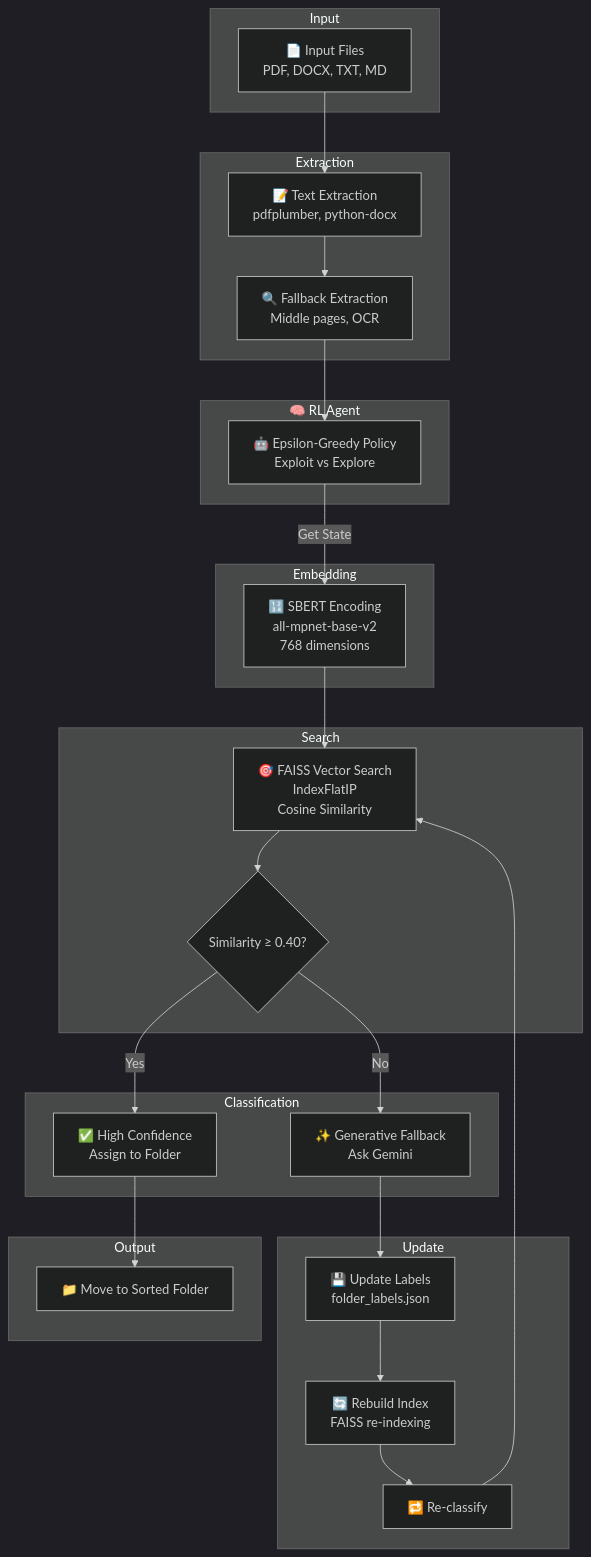
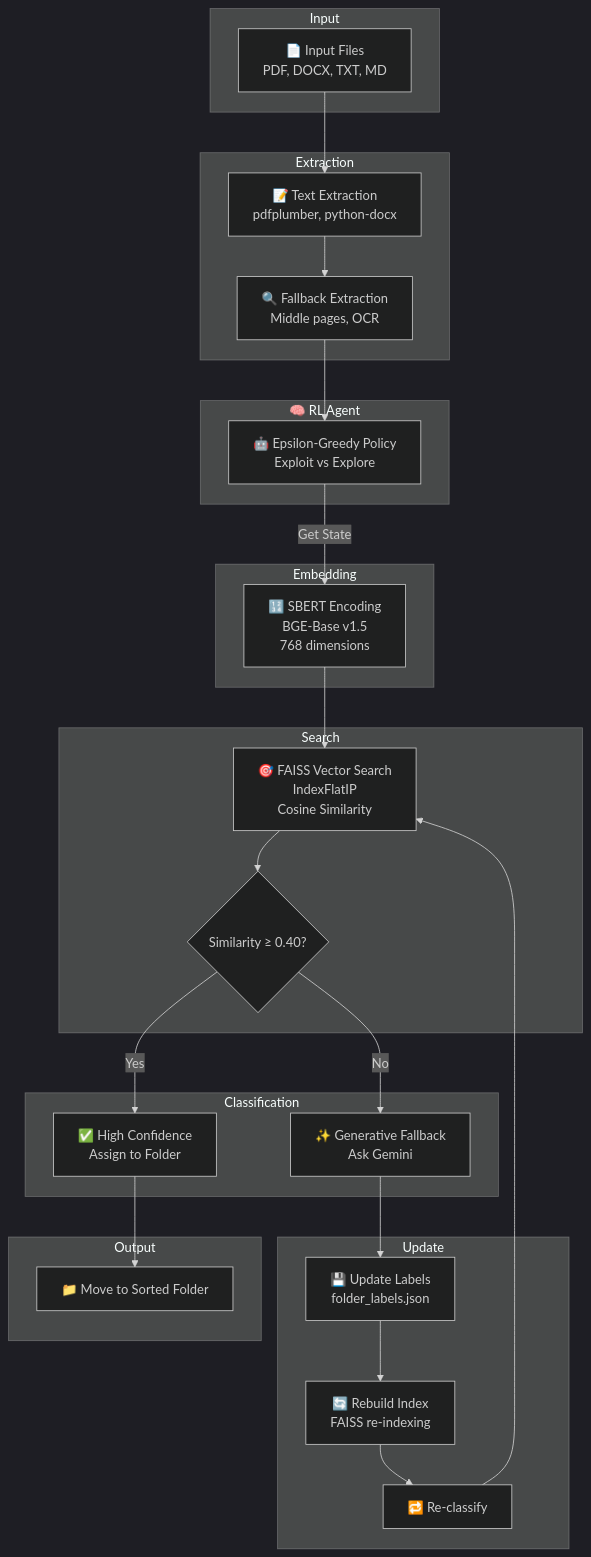
Before and after one commit to ahhyoushh/FileSense: the diagram in wiki/pipeline.md, drawn with Mermaid (dark theme). The commit also changed other lines of this file and 24 other files, not shown here.

````diff
--- a/wiki/pipeline.md
+++ b/wiki/pipeline.md
@@ -15,53 +15,53 @@
 ```mermaid
 flowchart TB
     subgraph Input
         A[📄 Input Files<br/>PDF, DOCX, TXT, MD]
     end
     
     subgraph Extraction
         B[📝 Text Extraction<br/>pdfplumber, python-docx]
         C[🔍 Fallback Extraction<br/>Middle pages, OCR]
     end
     
     subgraph RLAgent [🧠 RL Agent]
         D[🤖 Epsilon-Greedy Policy<br/>Exploit vs Explore]
     end
     
     subgraph Embedding
-        E[🔢 SBERT Encoding<br/>all-mpnet-base-v2<br/>768 dimensions]
+        E[🔢 SBERT Encoding<br/>BGE-Base v1.5<br/>768 dimensions]
     end
     
     subgraph Search
         F[🎯 FAISS Vector Search<br/>IndexFlatIP<br/>Cosine Similarity]
         G{Similarity ≥ 0.40?}
     end
     
     subgraph Classification
         H[✅ High Confidence<br/>Assign to Folder]
         I[✨ Generative Fallback<br/>Ask Gemini]
     end
     
     subgraph Update
         J[💾 Update Labels<br/>folder_labels.json]
         K[🔄 Rebuild Index<br/>FAISS re-indexing]
         L[🔁 Re-classify]
     end
     
     subgraph Output
         M[📁 Move to Sorted Folder]
     end
     
     A --> B
     B --> C
     C --> D
     D -->|Get State| E
     E --> F
     F --> G
     G -->|Yes| H
     G -->|No| I
     I --> J
     J --> K
     K --> L
     L --> F
     H --> M
 ```
````
